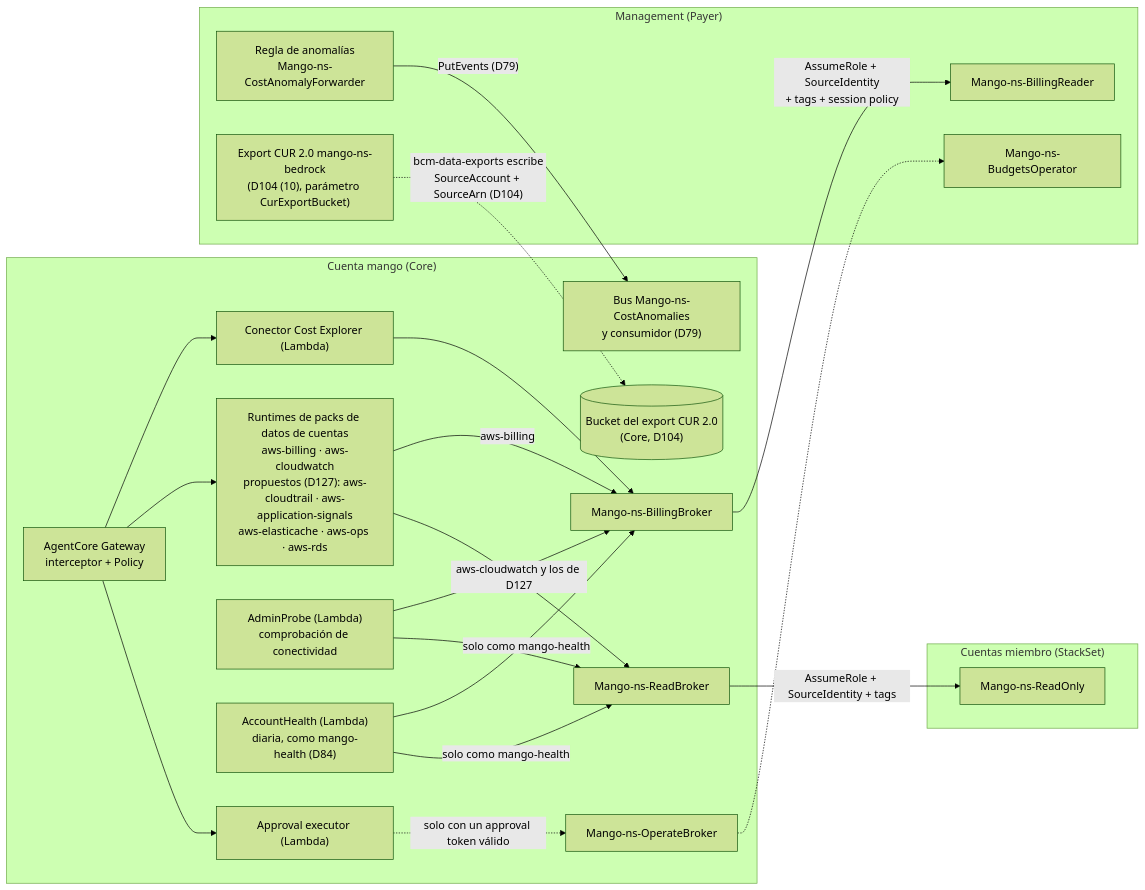
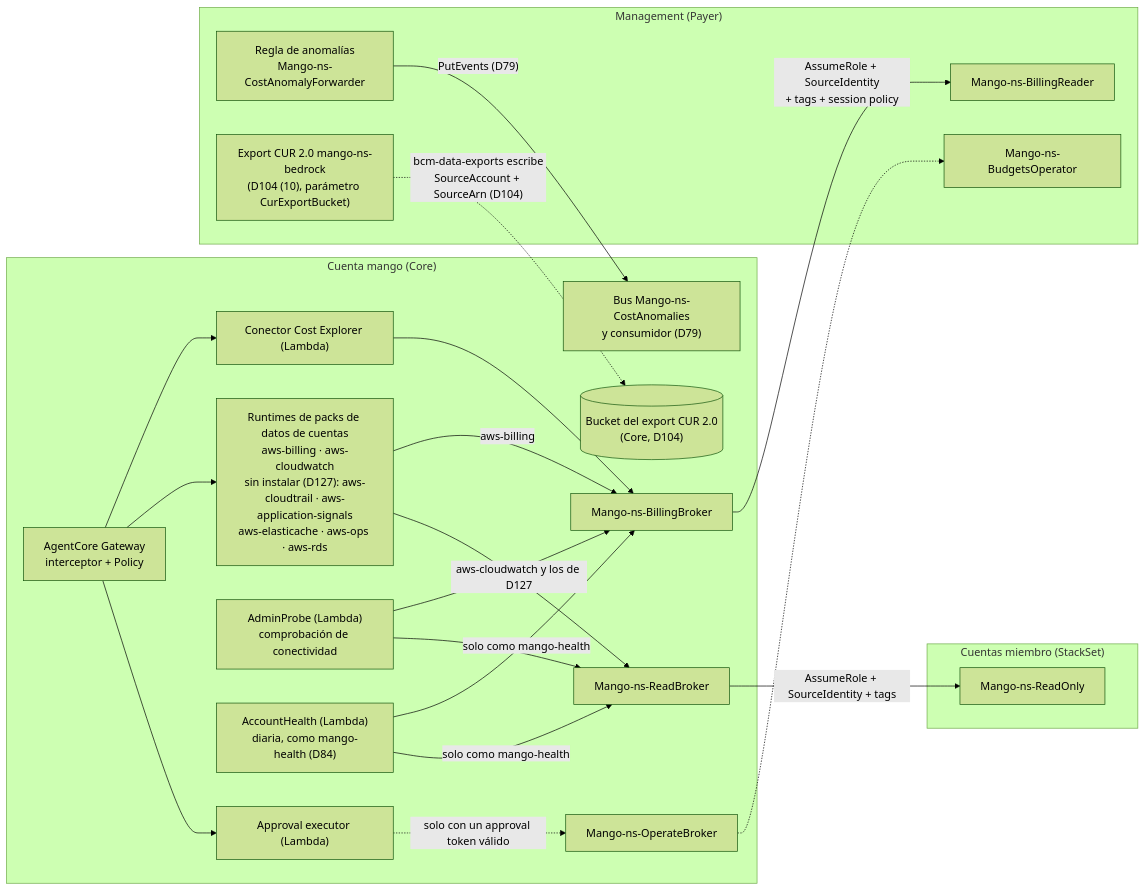
Before and after one commit to jhonmezaa/mango: the second of 2 diagrams in docs/architecture/reference-architecture.md, drawn with Mermaid (forest theme). The commit also changed other lines of this file and 3 other files, not shown here.

First line of the commit message:
docs(architecture): align D126, D127 and the diagrams with what landed on main

````diff
--- a/docs/architecture/reference-architecture.md
+++ b/docs/architecture/reference-architecture.md
@@ -764,40 +764,40 @@
 ```mermaid
 flowchart LR
   subgraph MANGO["Cuenta mango (Core)"]
     GW["AgentCore Gateway<br/>interceptor + Policy"]
     C["Conector Cost Explorer (Lambda)"]
-    PK["Runtimes de packs de datos de cuentas<br/>aws-billing · aws-cloudwatch<br/>propuestos (D127): aws-cloudtrail · aws-application-signals<br/>aws-elasticache · aws-ops · aws-rds"]
+    PK["Runtimes de packs de datos de cuentas<br/>aws-billing · aws-cloudwatch<br/>sin instalar (D127): aws-cloudtrail · aws-application-signals<br/>aws-elasticache · aws-ops · aws-rds"]
     AP["AdminProbe (Lambda)<br/>comprobación de conectividad"]
     AH["AccountHealth (Lambda)<br/>diaria, como mango-health (D84)"]
     AE["Approval executor (Lambda)"]
     RB["Mango-ns-ReadBroker"]
     BB["Mango-ns-BillingBroker"]
     OB["Mango-ns-OperateBroker"]
     CAB["Bus Mango-ns-CostAnomalies<br/>y consumidor (D79)"]
     CXB[("Bucket del export CUR 2.0<br/>(Core, D104)")]
   end
   subgraph MGMT["Management (Payer)"]
     BR["Mango-ns-BillingReader"]
     BO["Mango-ns-BudgetsOperator"]
     CF["Regla de anomalías<br/>Mango-ns-CostAnomalyForwarder"]
     CUX["Export CUR 2.0 mango-ns-bedrock<br/>(D104 (10), parámetro CurExportBucket)"]
   end
   subgraph MEM["Cuentas miembro (StackSet)"]
     RO["Mango-ns-ReadOnly"]
   end
   GW --> C
   GW --> PK
   GW --> AE
   C --> BB
   PK -- "aws-billing" --> BB
   PK -- "aws-cloudwatch y los de D127" --> RB
   AP --> BB
   AP --> RB
   AH -- "solo como mango-health" --> BB
   AH -- "solo como mango-health" --> RB
   BB -- "AssumeRole + SourceIdentity<br/>+ tags + session policy" --> BR
   RB -- "AssumeRole + SourceIdentity + tags" --> RO
   AE -. "solo con un approval token válido" .-> OB -.-> BO
   CF -- "PutEvents (D79)" --> CAB
   CUX -. "bcm-data-exports escribe<br/>SourceAccount + SourceArn (D104)" .-> CXB
 ```
````
